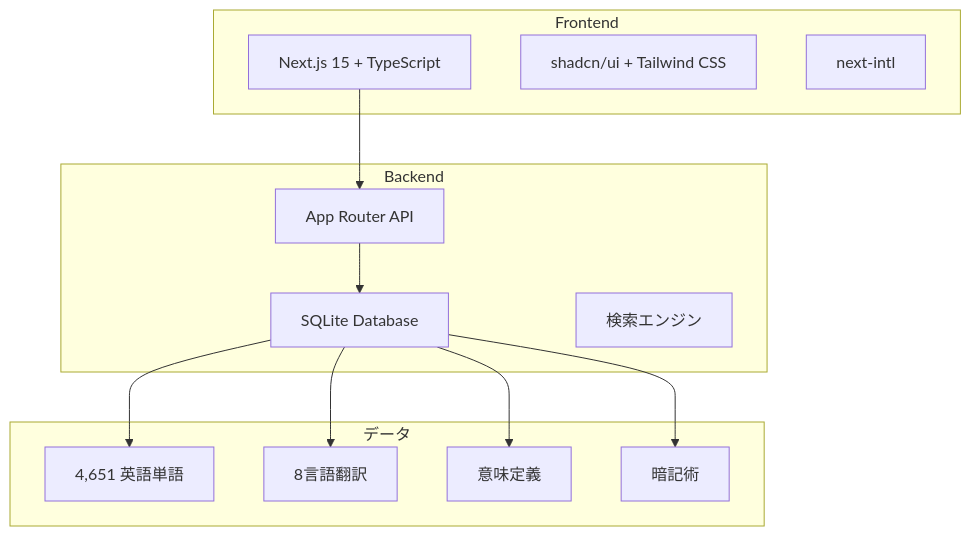
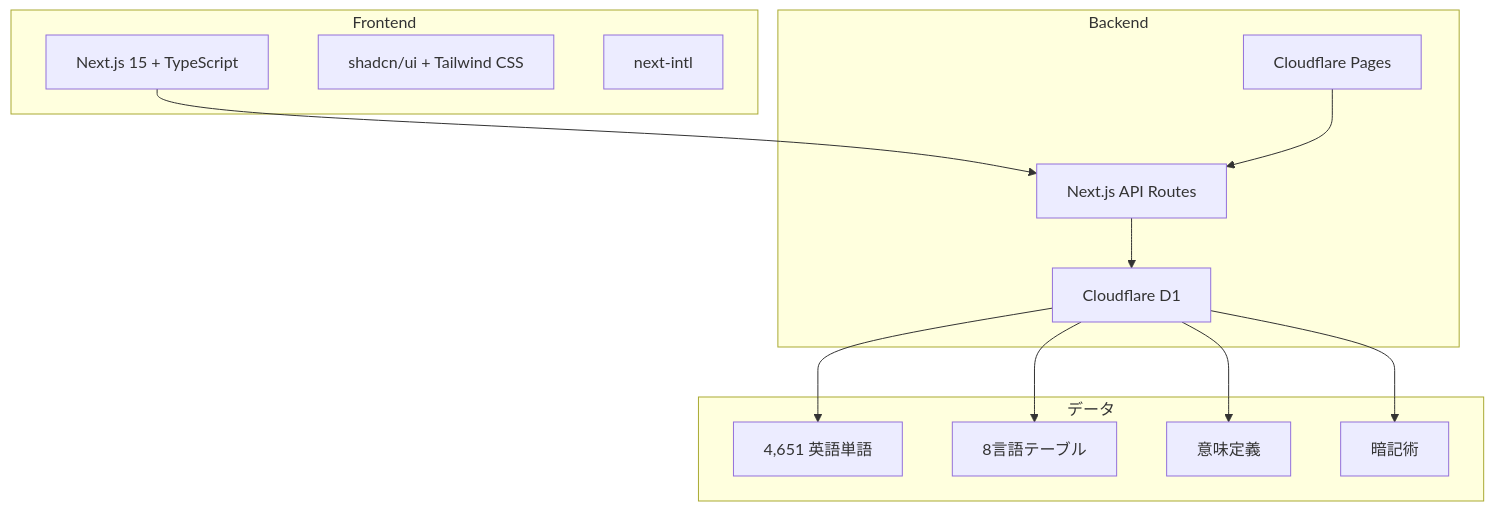
The second of 4 diagrams in README.md (kako-jun/noun-gender), drawn with Mermaid before and after one commit. The commit also changed other lines of this file and 2 other files, not shown here.

First line of the commit message:
docs: Cloudflare D1 + ビュー不使用アーキテクチャに更新

````diff
--- a/README.md
+++ b/README.md
@@ -39,28 +39,29 @@
 ```mermaid
 graph TB
     subgraph "Frontend"
         UI[Next.js 15 + TypeScript]
         COMP[shadcn/ui + Tailwind CSS]
         I18N[next-intl]
     end
-    
+
     subgraph "Backend"
-        API[App Router API]
-        DB[SQLite Database]
-        SEARCH[検索エンジン]
+        PAGES[Cloudflare Pages]
+        API[Next.js API Routes]
+        DB[Cloudflare D1]
     end
-    
+
     subgraph "データ"
         WORDS[4,651 英語単語]
-        TRANS[8言語翻訳]
+        TRANS[8言語テーブル]
         MEANING[意味定義]
         TRICKS[暗記術]
     end
-    
+
     UI --> API
+    PAGES --> API
     API --> DB
     DB --> WORDS
     DB --> TRANS
     DB --> MEANING
     DB --> TRICKS
 ```
````
